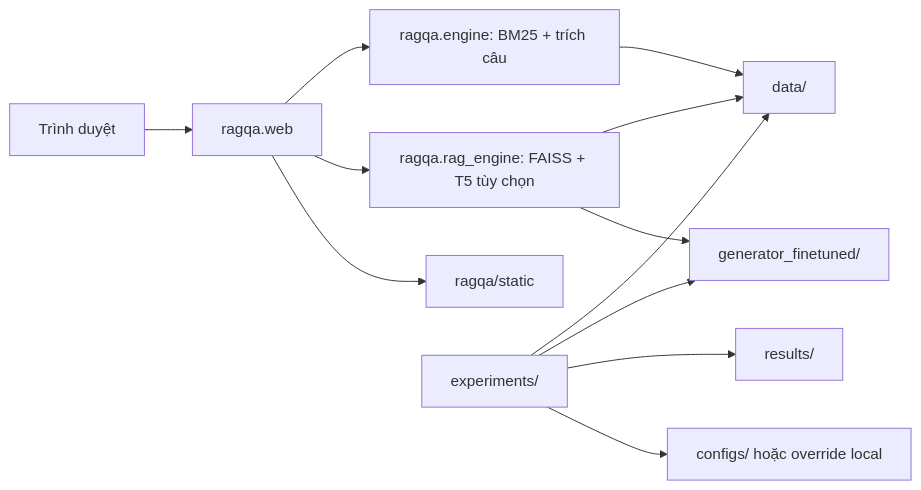
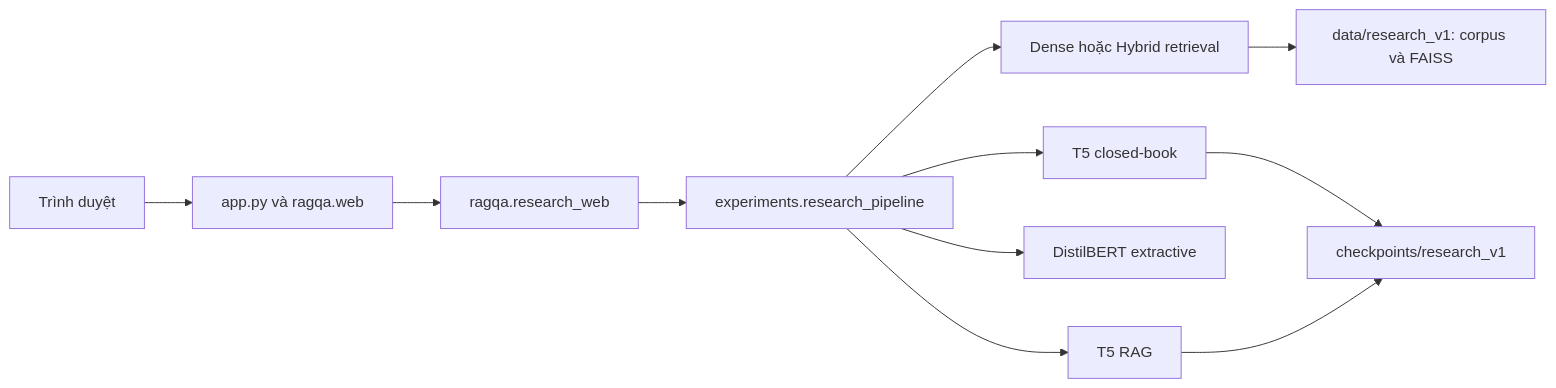
The diagram in docs/ARCHITECTURE.md (ddloi/rag-question-answering), drawn with Mermaid before and after one commit. The commit also changed other lines of this file and 207 other files, not shown here.

````diff
--- a/docs/ARCHITECTURE.md
+++ b/docs/ARCHITECTURE.md
@@ -26,14 +17,13 @@
 ```mermaid
 flowchart LR
-    Browser[Trình duyệt] --> Web[ragqa.web]
-    Web --> Engine[ragqa.engine: BM25 + trích câu]
-    Web --> Neural[ragqa.rag_engine: FAISS + T5 tùy chọn]
-    Neural --> Data
-    Neural --> Model
-    Web --> Static[ragqa/static]
-    Engine --> Data[data/]
-    Research[experiments/] --> Data
-    Research --> Model[generator_finetuned/]
-    Research --> Results[results/]
-    Research --> Config[configs/ hoặc override local]
+    U[Trình duyệt] --> A[app.py và ragqa.web]
+    A --> W[ragqa.research_web]
+    W --> P[experiments.research_pipeline]
+    P --> R[Dense hoặc Hybrid retrieval]
+    R --> D[data/research_v1: corpus và FAISS]
+    P --> C[T5 closed-book]
+    P --> E[DistilBERT extractive]
+    P --> G[T5 RAG]
+    C --> M[checkpoints/research_v1]
+    G --> M
 ```
````
